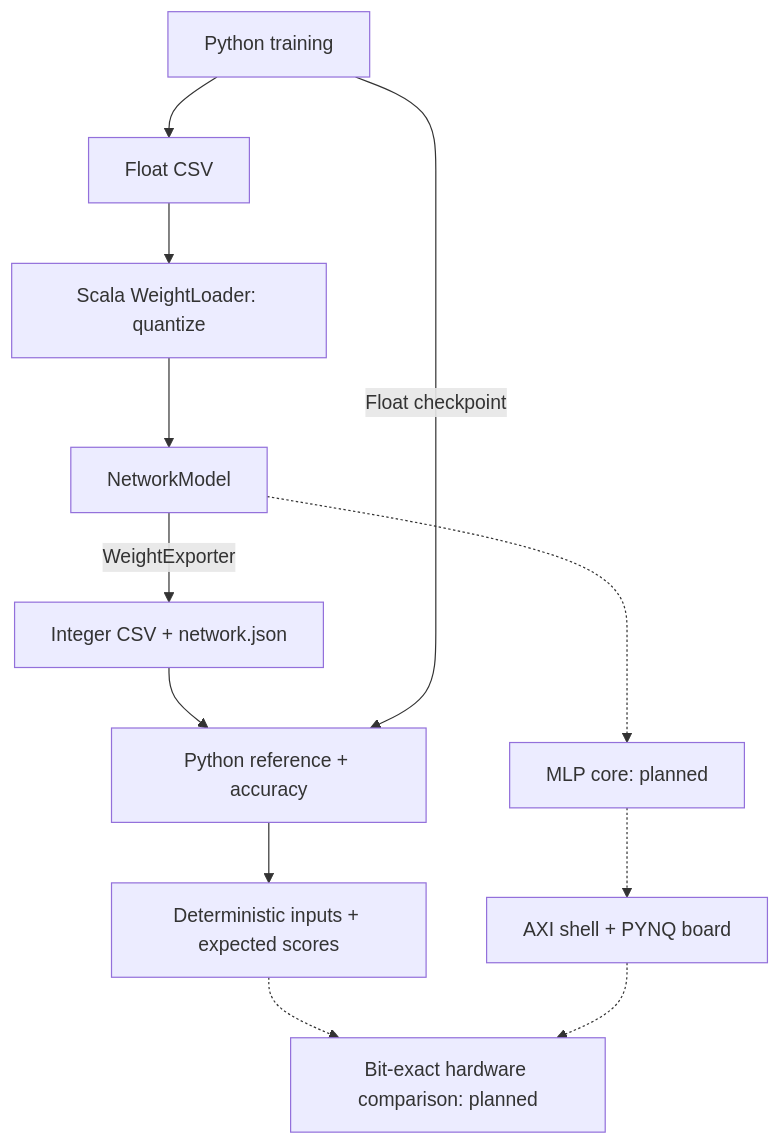
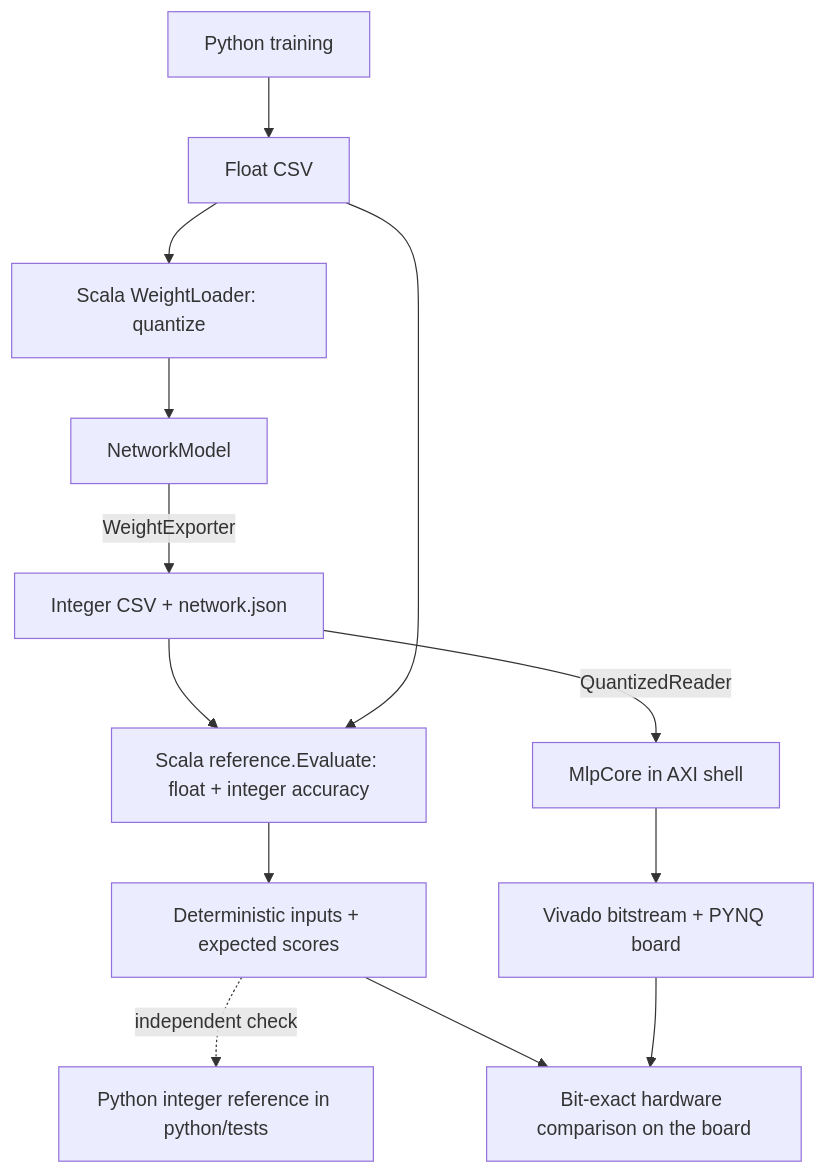
One commit to Jfvind/chisel-cnn-generator changed the diagram in README.md. Above: the diagram before and after it, drawn with Mermaid. The commit also changed other lines of this file and 25 other files, not shown here.

First line of the commit message:
Scala reference and evaluation; build the hardware from the export (#60)

````diff
--- a/README.md
+++ b/README.md
@@ -8,14 +8,15 @@
 ```mermaid
 flowchart TD
     A[Python training] --> B[Float CSV]
     B --> C[Scala WeightLoader: quantize]
     C --> D[NetworkModel]
     D -->|WeightExporter| E[Integer CSV + network.json]
-    E --> F[Python reference + accuracy]
-    A -->|Float checkpoint| F
+    E --> F[Scala reference.Evaluate: float + integer accuracy]
+    B --> F
     F --> V[Deterministic inputs + expected scores]
-    D -.-> G[MLP core: planned]
-    G -.-> H[AXI shell + PYNQ board]
-    V -.-> T[Bit-exact hardware comparison: planned]
-    H -.-> T
+    V -.->|independent check| P[Python integer reference in python/tests]
+    E -->|QuantizedReader| G[MlpCore in AXI shell]
+    G --> H[Vivado bitstream + PYNQ board]
+    V --> T[Bit-exact hardware comparison on the board]
+    H --> T
 ```
````
